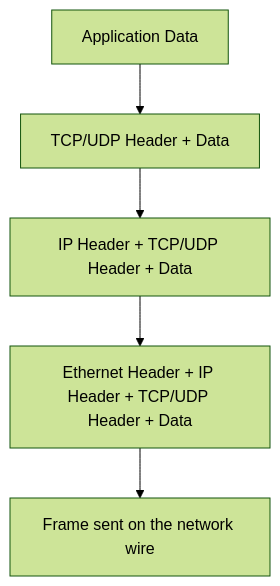
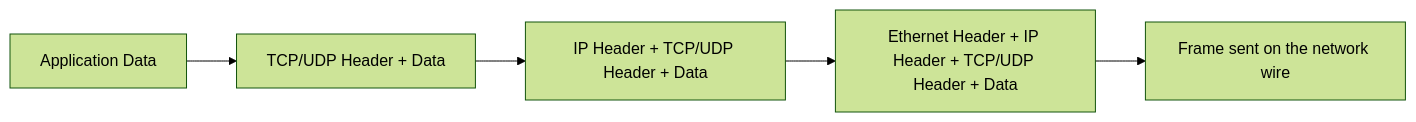
The third of 4 diagrams in apps/web/src/data/courses/networking/01-intro/00-lecture.md (gameguild-gg/gameguild), drawn with Mermaid (forest theme) before and after one commit. The commit also changed other lines of this file, not shown here.

Commit message:
docs(courses/networking): Improve networking course diagrams and add comparison image

````diff
--- a/apps/web/src/data/courses/networking/01-intro/00-lecture.md
+++ b/apps/web/src/data/courses/networking/01-intro/00-lecture.md
@@ -69,7 +75,7 @@
-``` mermaid
-graph TD
+```mermaid
+graph LR
     A["Application Data"] --> B["TCP/UDP Header + Data"]
     B --> C["IP Header + TCP/UDP Header + Data"]
     C --> D["Ethernet Header + IP Header + TCP/UDP Header + Data"]
     D --> E["Frame sent on the network wire"]
 ```
````
